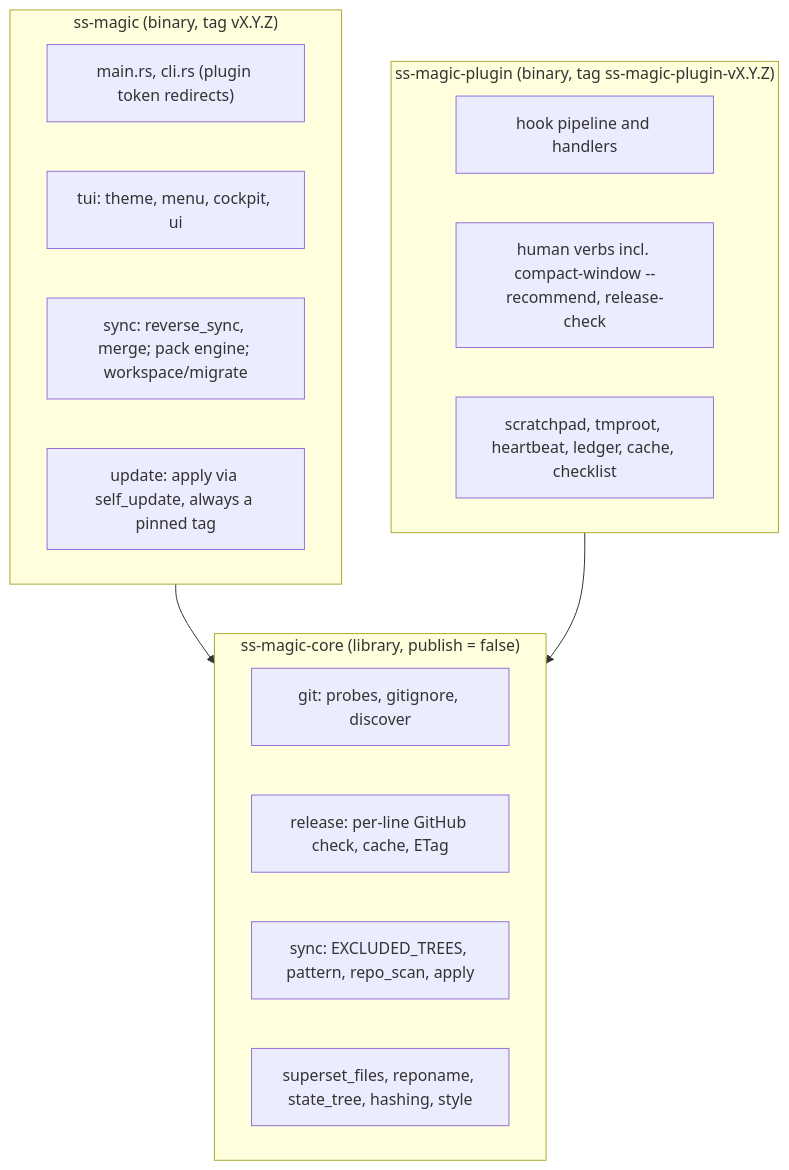
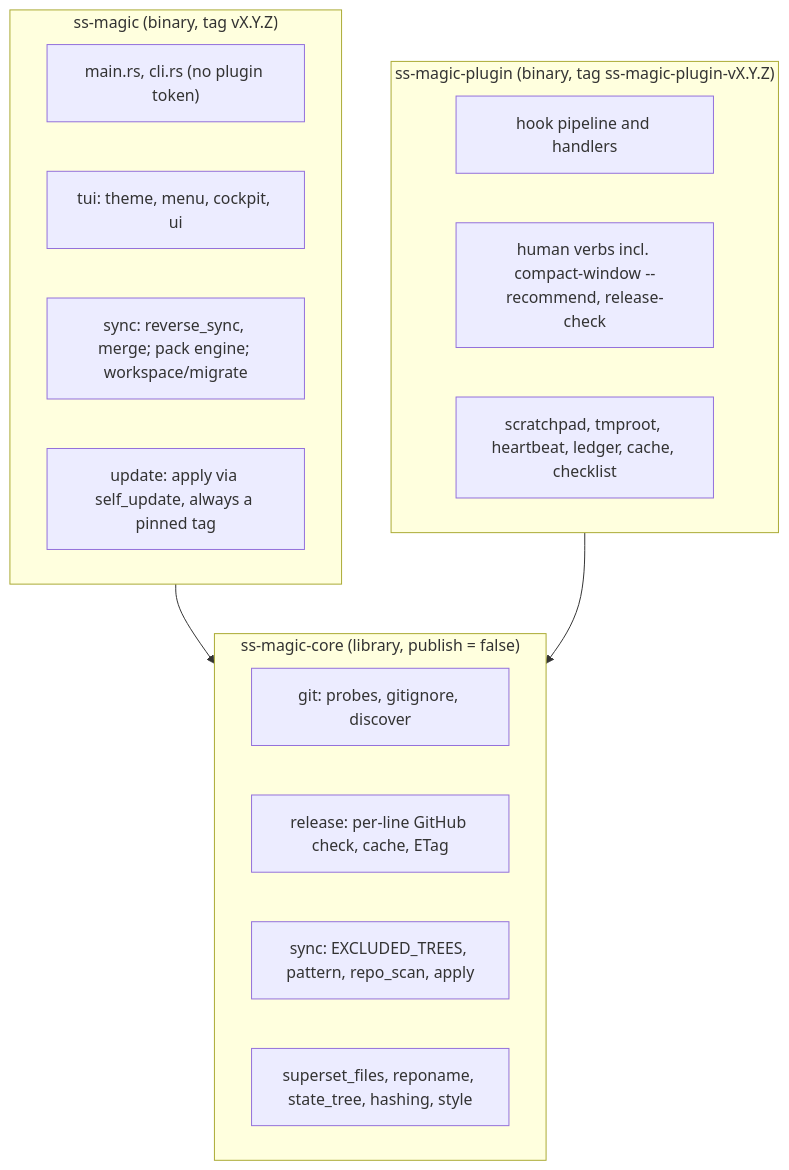
One commit to ViktorStiskala/superset-magic changed the first of 4 diagrams in docs/plans/2026-09-03-001-refactor-workspace-split-plan.md. Above: the diagram before and after it, drawn with Mermaid. The commit also changed other lines of this file, not shown here.

````diff
--- a/docs/plans/2026-09-03-001-refactor-workspace-split-plan.md
+++ b/docs/plans/2026-09-03-001-refactor-workspace-split-plan.md
@@ -242,22 +242,22 @@
 ```mermaid
 flowchart TB
   subgraph core["ss-magic-core (library, publish = false)"]
     git["git: probes, gitignore, discover"]
     rel["release: per-line GitHub check, cache, ETag"]
     sync["sync: EXCLUDED_TREES, pattern, repo_scan, apply"]
     misc["superset_files, reponame, state_tree, hashing, style"]
   end
   subgraph cli["ss-magic (binary, tag vX.Y.Z)"]
-    main["main.rs, cli.rs (plugin token redirects)"]
+    main["main.rs, cli.rs (no plugin token)"]
     tui["tui: theme, menu, cockpit, ui"]
     eng["sync: reverse_sync, merge; pack engine; workspace/migrate"]
     upd["update: apply via self_update, always a pinned tag"]
   end
   subgraph plugin["ss-magic-plugin (binary, tag ss-magic-plugin-vX.Y.Z)"]
     hook["hook pipeline and handlers"]
     verbs["human verbs incl. compact-window --recommend, release-check"]
     state["scratchpad, tmproot, heartbeat, ledger, cache, checklist"]
   end
   cli --> core
   plugin --> core
 ```
````
